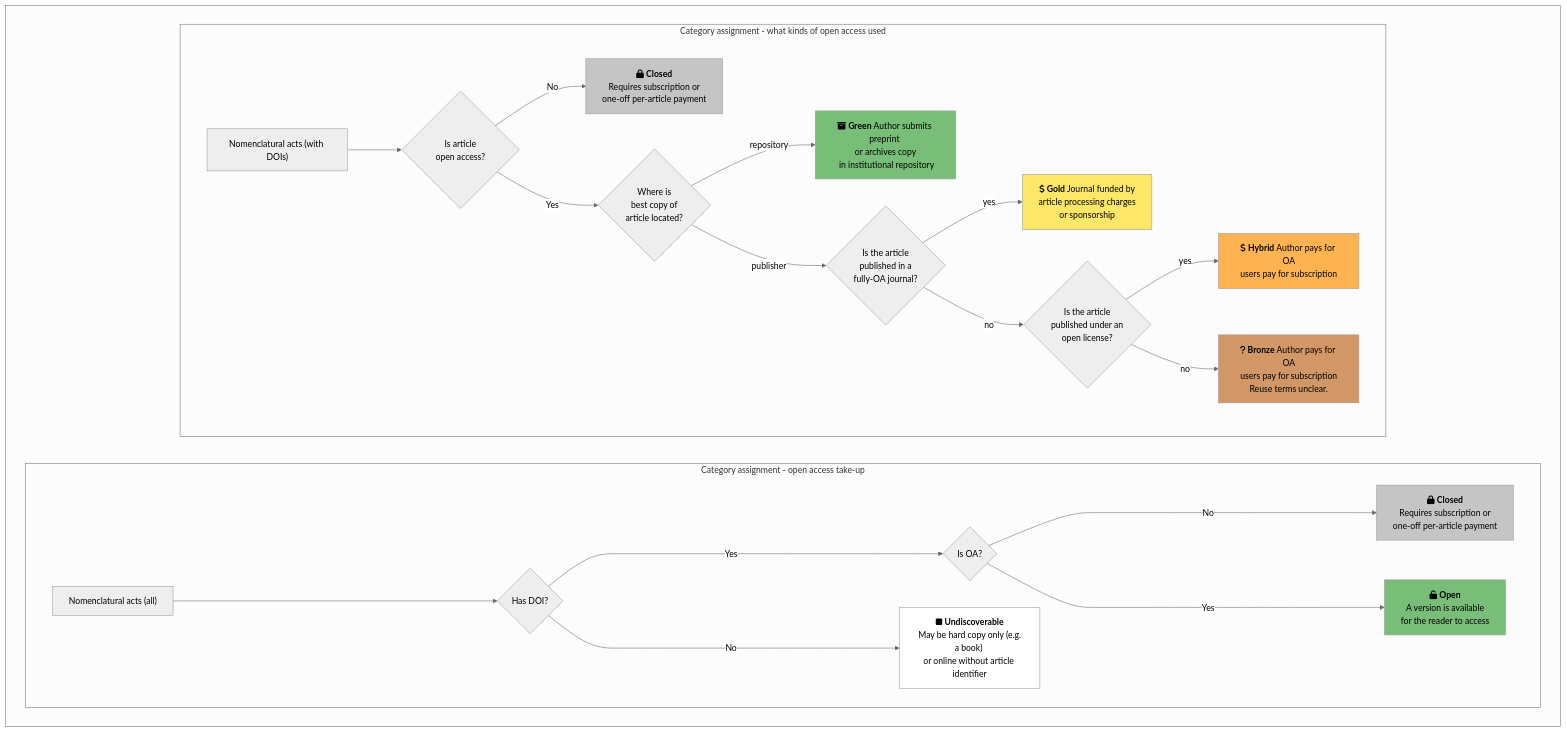
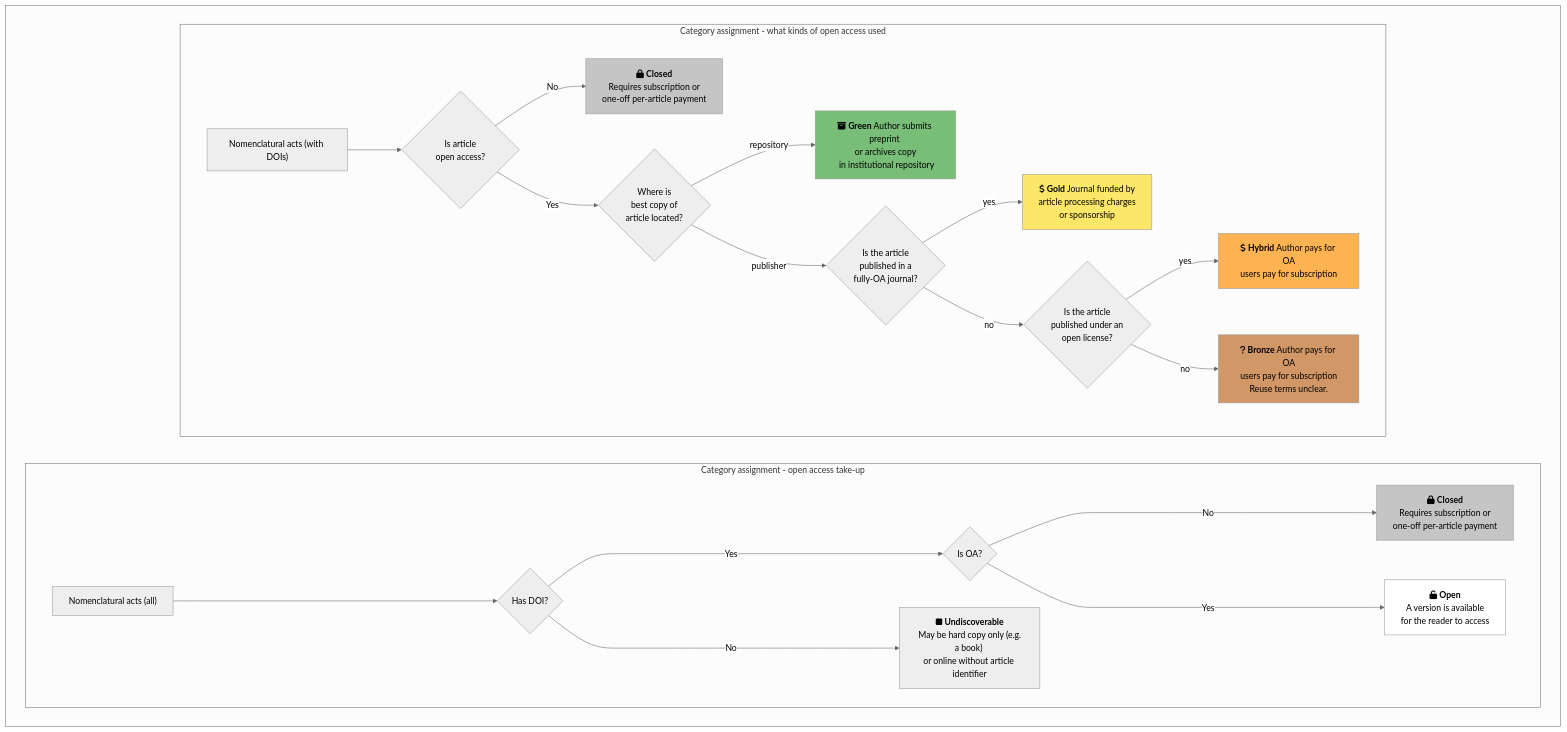
One commit to OA-WCVP/paper changed the diagram in 05-materials_and_methods.md. Above: the diagram before and after it, drawn with Mermaid.

Commit message:
mod css class names in mermaid diagram

````diff
--- a/05-materials_and_methods.md
+++ b/05-materials_and_methods.md
@@ -9,63 +9,63 @@
 ```{.mermaid caption="Flowchart depicting category assignment for (i) takeup of open access and (ii) open access status" #fig:fig1}
 %%{init: {"flowchart": {"useMaxWidth": false},'theme': 'neutral' }}%%
 flowchart LR
     subgraph  
         direction LR
         subgraph "Category assignment - open access take-up"
         direction LR  %% <-- here
                 Start_a["Nomenclatural acts (all)"] -------> HasDOI_a
                 HasDOI_a{"Has DOI?"}
                 HasDOI_a -------> |Yes|IsOA_a{"Is OA?"}
                 HasDOI_a -------> |No| Undiscoverable_a["fa:fa-stop <b>Undiscoverable</b><br/> May be hard copy only (e.g. a book) <br/>or online without article identifier"]
                 IsOA_a ------->|No| Closed_a[fa:fa-lock <b>Closed</b><br/>Requires subscription or <br/>one-off per-article payment]
                 IsOA_a ------->|Yes| Open_a[fa:fa-unlock <b>Open</b><br/>A version is available <br/>for the reader to access]
 
-                classDef Undiscoverable fill:#000000 color:white;
-                    class Undiscoverable_a Undiscoverable;
+                classDef clsUndiscoverable fill:#000000 color:white;
+                    class Undiscoverable_a clsUndiscoverable;
 
-                classDef Closed fill:#c5c5c5;
-                    class Closed_a Closed;
+                classDef clsClosed fill:#c5c5c5;
+                    class Closed_a clsClosed;
 
-                classDef Open fill:#ffffff;
-                    class Open_a Open;
+                classDef clsOpen fill:#ffffff;
+                    class Open_a clsOpen;
         end
 
         subgraph "Category assignment - what kinds of open access used"
         direction LR  %% <-- here
                 WithDoi["Nomenclatural acts (with DOIs)"]-->IsOA{"&nbsp;<br/>Is article <br/>open access?<br/>&nbsp;"}
                 IsOA -->|No| Closed[fa:fa-lock <b>Closed</b><br/>Requires subscription or <br/>one-off per-article payment]
                 IsOA -->|Yes| WhereBest{Where is <br/>best copy of <br/>article located?}
                 WhereBest-->|repository| Green[fa:fa-archive <b>Green</b> Author submits preprint <br/>or archives copy<br/> in institutional repository]
                 WhereBest-->|publisher| FullyOA{Is the article <br/>published in a<br/> fully-OA journal?}
                 FullyOA-->|yes| Gold[fa:fa-dollar <b>Gold</b> Journal funded by <br/>article processing charges <br/>or sponsorship]
                 FullyOA-->|no| Licence{Is the article <br/>published under an<br/> open license?}
                 Licence-->|yes| Hybrid[fa:fa-dollar <b>Hybrid</b> Author pays for OA<br/>users pay for subscription]
                 Licence-->|no| Bronze[fa:fa-question <b>Bronze</b> Author pays for OA<br/>users pay for subscription<br/>Reuse terms unclear.]
                 
                 classDef Gold fill:#fde769;
                 class Gold Gold;
 
             classDef Green fill:#79be78;
                 class Green Green;
 
             classDef Bronze fill:#d29766;
                 class Bronze Bronze;
                 
                 classDef Hybrid fill:#feb352;
                 class Hybrid Hybrid;
 
             classDef Diamond fill:#e5e4e2;
                 class Diamond Diamond;
 
             classDef Undiscoverable fill:white;
                 class Undiscoverable Undiscoverable;
 
             classDef Closed fill:#c5c5c5;
                 class Closed Closed;
 
             classDef Open fill:#79be78;
                 class Open Open;
 
         end
     end
 ```
````
